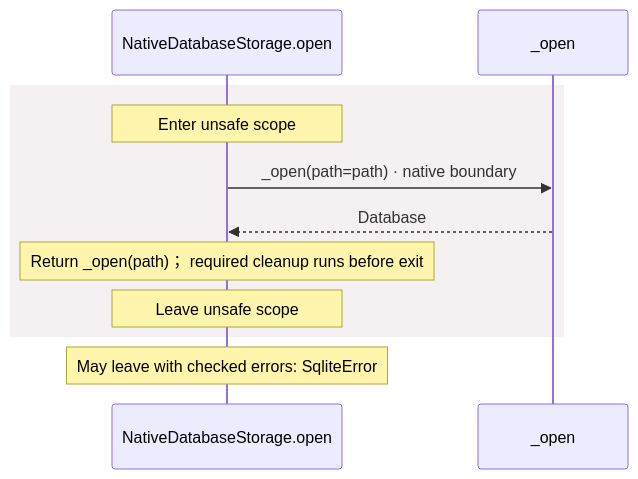
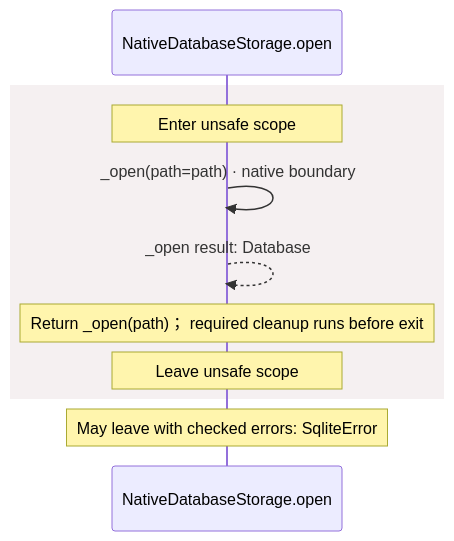
The second of 6 diagrams in docs/examples/native-sqlite/dependencies/packages/@greenpandastudios/aug-sqlite/0.1.5/api-diagrams.md (GreenPandaStudios/augscript), drawn with Mermaid before and after one commit. The commit also changed other lines of this file and 304 other files, not shown here.

Commit message:
Make generated data-flow sequences concise and review every diagram

````diff
--- a/docs/examples/native-sqlite/dependencies/packages/@greenpandastudios/aug-sqlite/0.1.5/api-diagrams.md
+++ b/docs/examples/native-sqlite/dependencies/packages/@greenpandastudios/aug-sqlite/0.1.5/api-diagrams.md
@@ -95,13 +72,13 @@
 ```mermaid
 sequenceDiagram
     participant p0 as NativeDatabaseStorage.open
-    participant p1 as _open
+
     rect rgb(245, 240, 241)
     Note over p0: Enter unsafe scope
-    p0->>p1: _open(path=path) · native boundary
-    p1-->>p0: Database
+    p0->>p0: _open(path=path) · native boundary
+    p0-->>p0: _open result: Database
     Note over p0: Return _open(path)； required cleanup runs before exit
     Note over p0: Leave unsafe scope
     end
     Note over p0: May leave with checked errors: SqliteError
 ```
````
